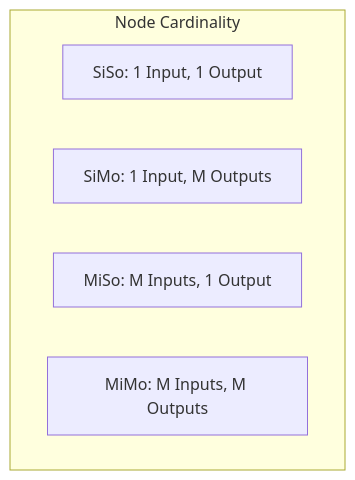
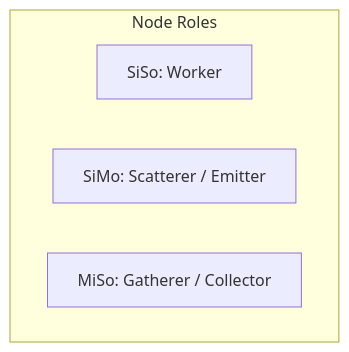
The first of 4 diagrams in README.md (mamodev/fftvm), drawn with Mermaid before and after one commit. The commit also changed other lines of this file, not shown here.

````diff
--- a/README.md
+++ b/README.md
@@ -76,9 +76,9 @@
 ```mermaid
-graph TD
-    subgraph Nodes [Node Cardinality]
-    SiSo[SiSo: 1 Input, 1 Output]
-    SiMo[SiMo: 1 Input, M Outputs]
-    MiSo[MiSo: M Inputs, 1 Output]
-    MiMo[MiMo: M Inputs, M Outputs]
+graph LR
+    subgraph Roles [Node Roles]
+    direction LR
+    SiSo[SiSo: Worker]
+    SiMo[SiMo: Scatterer / Emitter]
+    MiSo[MiSo: Gatherer / Collector]
     end
 ```
````
